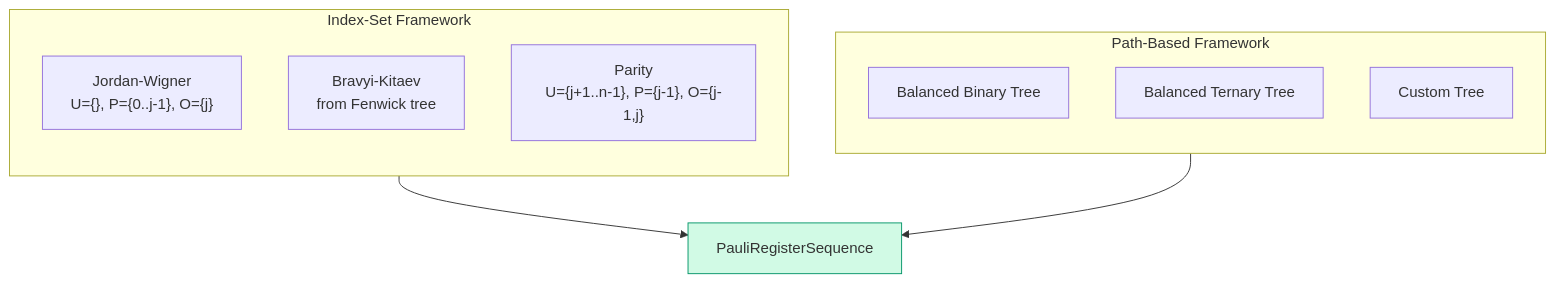
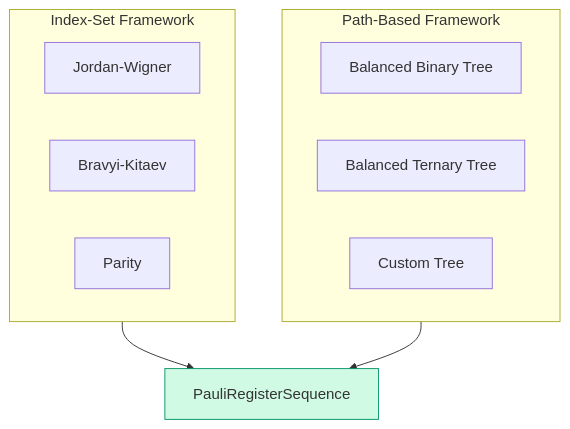
Before and after one commit to johnazariah/encodings: the diagram in book/07-five-encodings.md, drawn with Mermaid. The commit also changed 1 other file, not shown here.

Commit message:
book: simplify Ch 7 framework diagram — stacked layout with clean labels
Removed verbose index-set formulas from diagram nodes (they're
explained in prose below). PauliRegisterSequence sits in the
middle with both frameworks feeding into it. Labels are short
and legible at print resolution.

PDF: 184 pages, 2.2MB

````diff
--- a/book/07-five-encodings.md
+++ b/book/07-five-encodings.md
@@ -125,18 +125,19 @@
 ```mermaid
 flowchart TD
     subgraph ISF["Index-Set Framework"]
-        direction TB
-        JW["Jordan-Wigner<br/>U={}, P={0..j-1}, O={j}"]
-        BK["Bravyi-Kitaev<br/>from Fenwick tree"]
-        PAR["Parity<br/>U={j+1..n-1}, P={j-1}, O={j-1,j}"]
+        JW["Jordan-Wigner"]
+        BK["Bravyi-Kitaev"]
+        PAR["Parity"]
     end
+
+    ISF --> PS["PauliRegisterSequence"]
+
     subgraph PBF["Path-Based Framework"]
-        direction TB
         BBT["Balanced Binary Tree"]
         BTT["Balanced Ternary Tree"]
         CT["Custom Tree"]
     end
-    ISF --> PS["PauliRegisterSequence"]
+
     PBF --> PS
     style PS fill:#d1fae5,stroke:#059669
 ```
````
